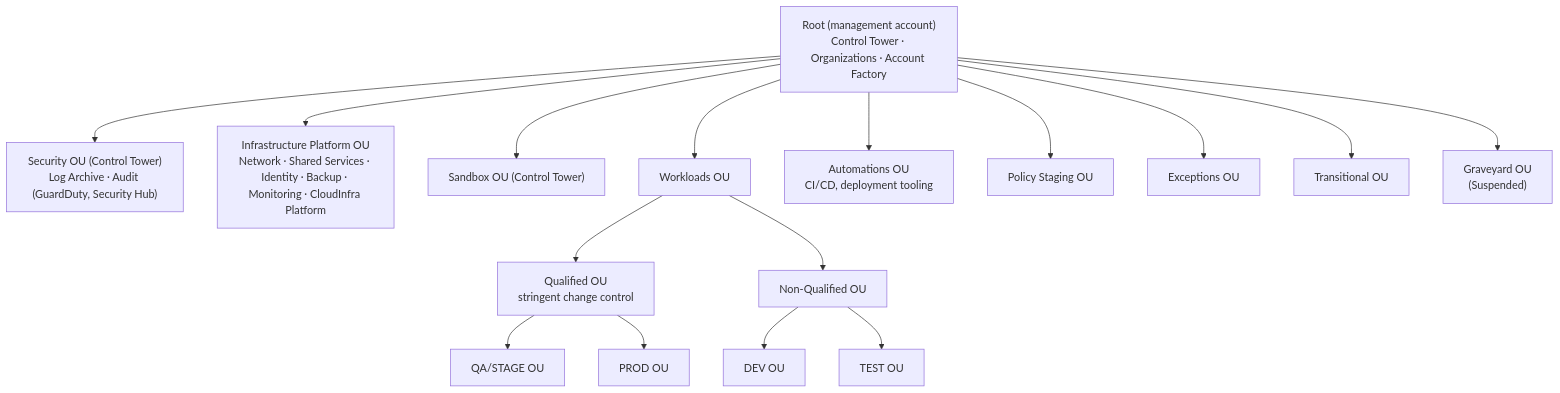
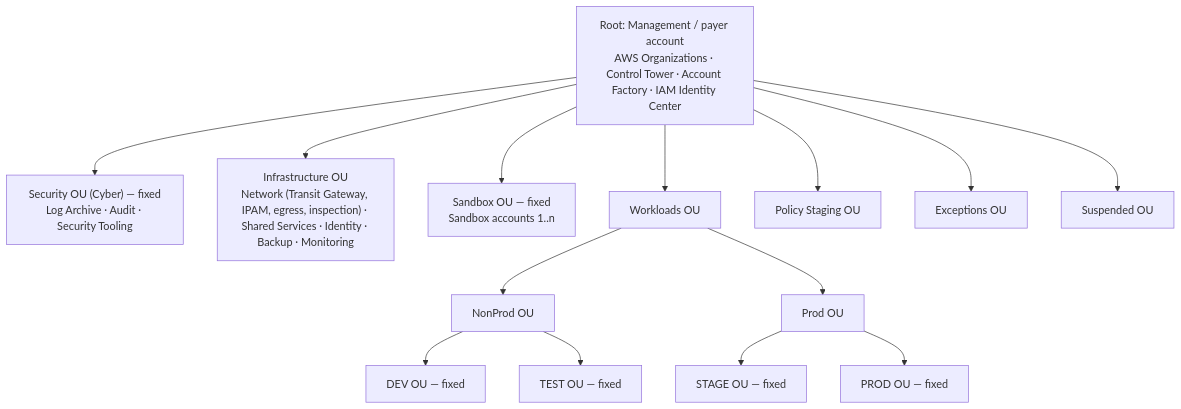
Diagram 33 of 35 in docs/ARCHITECTURE.md (kulveersingh/CloudInfraAutomation), drawn with Mermaid before and after one commit. The commit also changed other lines of this file and 1 other file, not shown here.

Commit message:
Revise landing zone design: questionnaire, fixed isolated environment OUs, hub-and-spoke network

````diff
--- a/docs/ARCHITECTURE.md
+++ b/docs/ARCHITECTURE.md
@@ -2643,19 +2661,17 @@
 ```mermaid
 flowchart TD
-  ROOT["Root (management account)<br/>Control Tower · Organizations · Account Factory"]
-  ROOT --> SEC["Security OU (Control Tower)<br/>Log Archive · Audit (GuardDuty, Security Hub)"]
-  ROOT --> INF["Infrastructure Platform OU<br/>Network · Shared Services · Identity · Backup · Monitoring · CloudInfra Platform"]
-  ROOT --> SBX["Sandbox OU (Control Tower)"]
+  ROOT["Root: Management / payer account<br/>AWS Organizations · Control Tower · Account Factory · IAM Identity Center"]
+  ROOT --> SEC["Security OU (Cyber) — fixed<br/>Log Archive · Audit · Security Tooling"]
+  ROOT --> INF["Infrastructure OU<br/>Network (Transit Gateway, IPAM, egress, inspection) · Shared Services · Identity · Backup · Monitoring"]
+  ROOT --> SBX["Sandbox OU — fixed<br/>Sandbox accounts 1..n"]
   ROOT --> WL["Workloads OU"]
-  WL --> Q["Qualified OU<br/>stringent change control"]
-  Q --> QSTG["QA/STAGE OU"]
-  Q --> QPRD["PROD OU"]
-  WL --> NQ["Non-Qualified OU"]
-  NQ --> NDEV["DEV OU"]
-  NQ --> NTST["TEST OU"]
-  ROOT --> AUT["Automations OU<br/>CI/CD, deployment tooling"]
+  WL --> NP["NonProd OU"]
+  NP --> DEV["DEV OU — fixed"]
+  NP --> TST["TEST OU — fixed"]
+  WL --> PR["Prod OU"]
+  PR --> STG["STAGE OU — fixed"]
+  PR --> PRD["PROD OU — fixed"]
   ROOT --> PST["Policy Staging OU"]
   ROOT --> EXC["Exceptions OU"]
-  ROOT --> TRN["Transitional OU"]
-  ROOT --> GRV["Graveyard OU<br/>(Suspended)"]
+  ROOT --> SUS["Suspended OU"]
 ```
````
